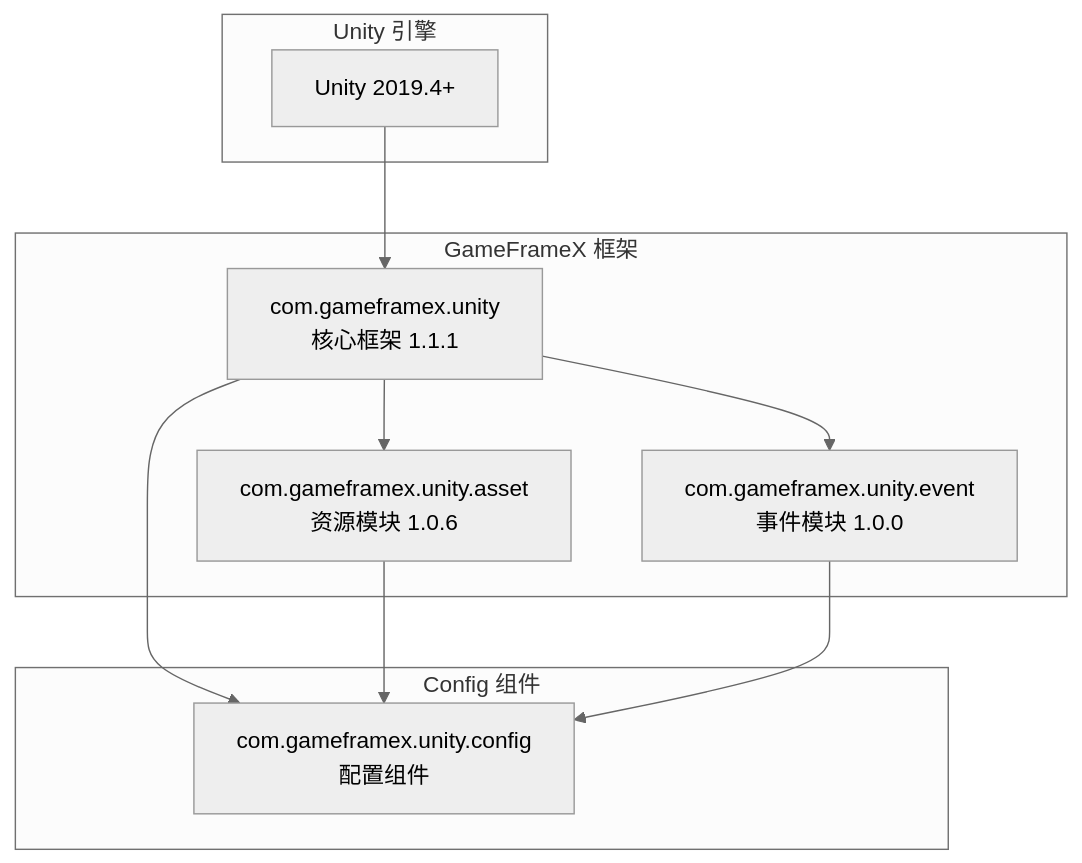
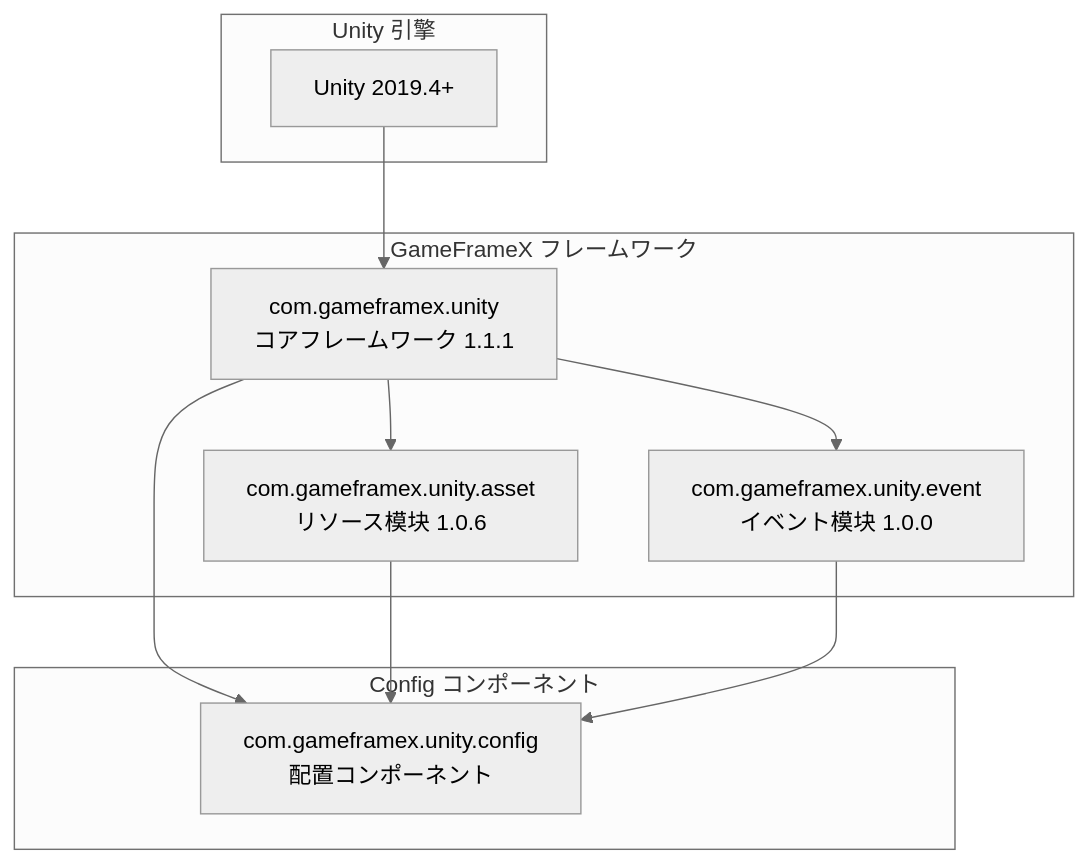
The diagram in docs/ja/client/unity/component/config/05.dependencies.md (AlianBlank/GameFrameX.Docs), drawn with Mermaid (neutral theme) before and after one commit. The commit also changed other lines of this file and 603 other files, not shown here.

````diff
--- a/docs/ja/client/unity/component/config/05.dependencies.md
+++ b/docs/ja/client/unity/component/config/05.dependencies.md
@@ -11,23 +11,23 @@
 ```mermaid
 flowchart TD
     subgraph UnityEngine["Unity 引擎"]
         Unity[Unity 2019.4+]
     end
 
-    subgraph GameFrameX["GameFrameX 框架"]
-        Core["com.gameframex.unity<br/>核心框架 1.1.1"]
-        Asset["com.gameframex.unity.asset<br/>资源模块 1.0.6"]
-        Event["com.gameframex.unity.event<br/>事件模块 1.0.0"]
+    subgraph GameFrameX["GameFrameX フレームワーク"]
+        Core["com.gameframex.unity<br/>コアフレームワーク 1.1.1"]
+        Asset["com.gameframex.unity.asset<br/>リソース模块 1.0.6"]
+        Event["com.gameframex.unity.event<br/>イベント模块 1.0.0"]
     end
 
-    subgraph Config["Config 组件"]
-        ConfigRuntime["com.gameframex.unity.config<br/>配置组件"]
+    subgraph Config["Config コンポーネント"]
+        ConfigRuntime["com.gameframex.unity.config<br/>配置コンポーネント"]
     end
 
     Unity --> Core
     Core --> Asset
     Core --> Event
     Core --> ConfigRuntime
     Asset --> ConfigRuntime
     Event --> ConfigRuntime
 ```
````
